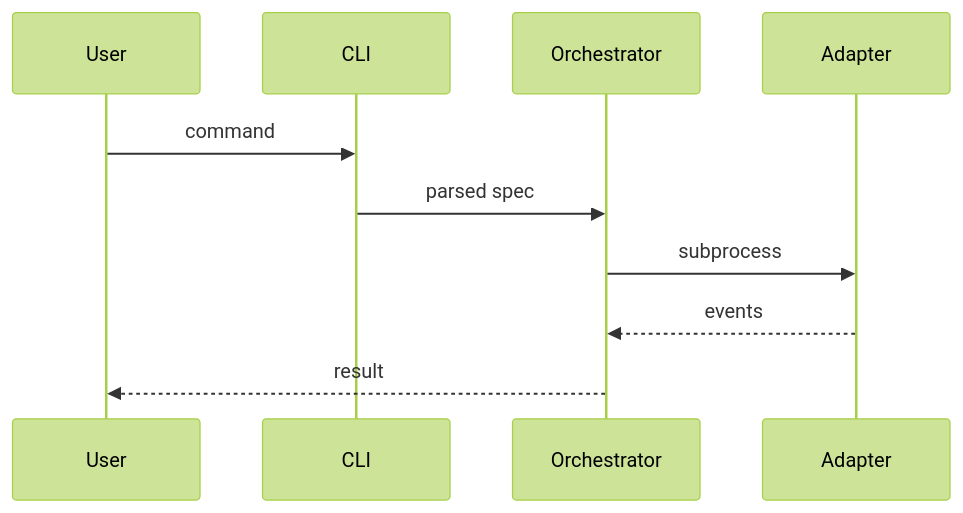
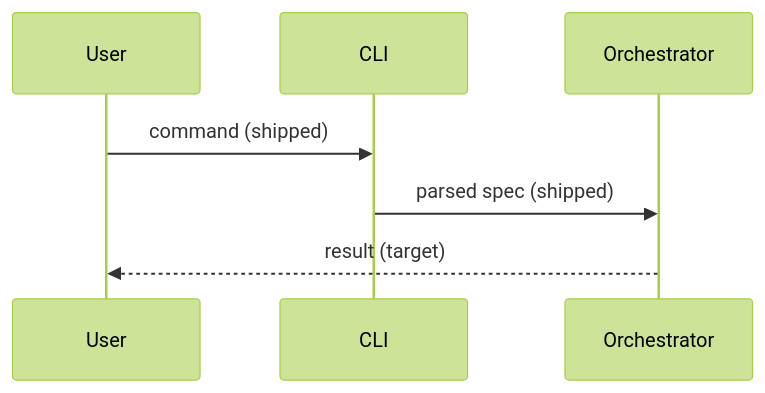
The first of 2 diagrams in anvil/skills/writing-system-design/references/phases.md (chonalchendo/anvil), drawn with Mermaid (forest theme) before and after one commit. The commit also changed other lines of this file and 3 other files, not shown here.

````diff
--- a/anvil/skills/writing-system-design/references/phases.md
+++ b/anvil/skills/writing-system-design/references/phases.md
@@ -47,12 +41,9 @@
 ```mermaid
 sequenceDiagram
     participant User
     participant CLI
     participant Orchestrator
-    participant Adapter
-    User->>CLI: command
-    CLI->>Orchestrator: parsed spec
-    Orchestrator->>Adapter: subprocess
-    Adapter-->>Orchestrator: events
-    Orchestrator-->>User: result
+    User->>CLI: command (shipped)
+    CLI->>Orchestrator: parsed spec (shipped)
+    Orchestrator-->>User: result (target)
 ```
````
